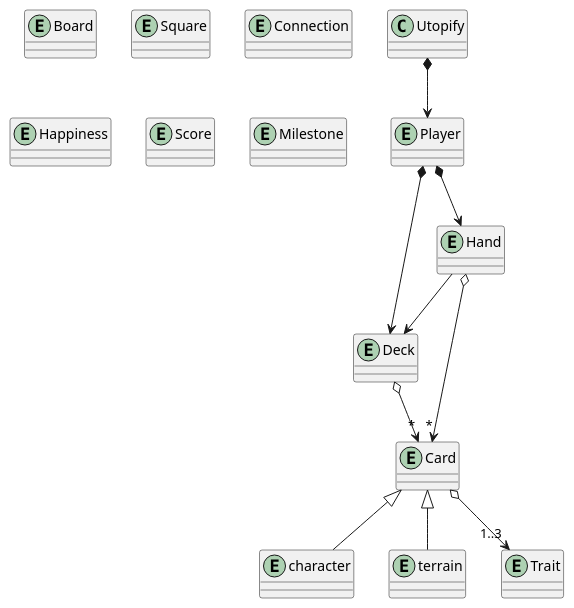
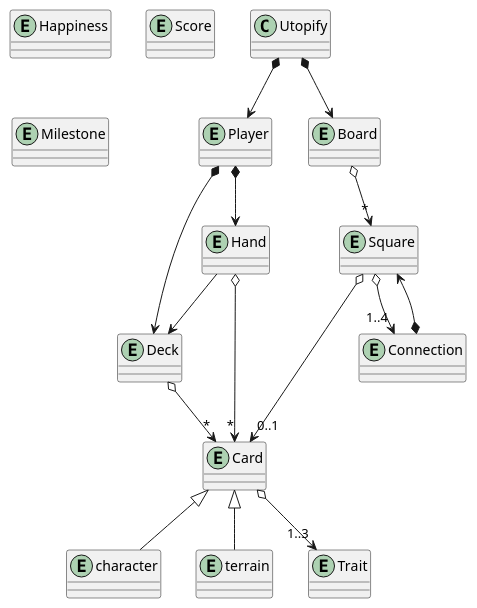
Before and after one commit to Juan-Albert/Utopify: the diagram in Diagrams/UML/DomainModel.puml, drawn with PlantUML.

Commit message:
feat(Diagrams): board association tree

```diff
--- a/Diagrams/UML/DomainModel.puml
+++ b/Diagrams/UML/DomainModel.puml
@@ -1,28 +1,34 @@
 @startuml
 
 class Utopify
 entity Player
 entity Deck
 entity Hand
 entity Card
 entity character
 entity terrain
 entity Trait
 entity Board
 entity Square
 entity Connection
 entity Happiness
 entity Score
 entity Milestone
 
 Utopify *--> Player
 Player *--> Deck
 Player *--> Hand
 Hand --> Deck
 Hand o--> "*" Card
 Deck o--> "*" Card
 Card o--> "1..3" Trait
 Card <|-- character
 Card <|-- terrain
+
+Utopify *--> Board
+Board o--> "*" Square
+Square o--> "0..1" Card
+Square o--> "1..4" Connection
+Connection *--> Square
  
 @enduml
```
